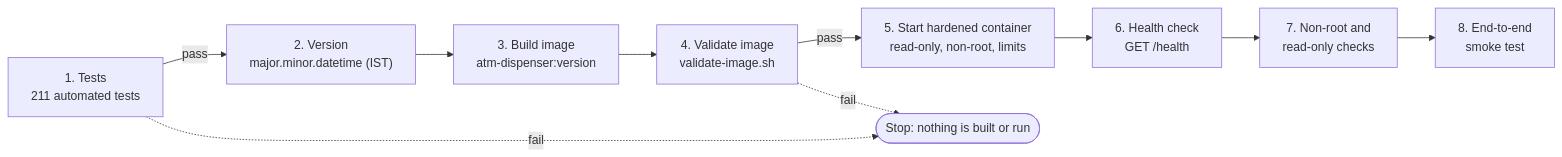
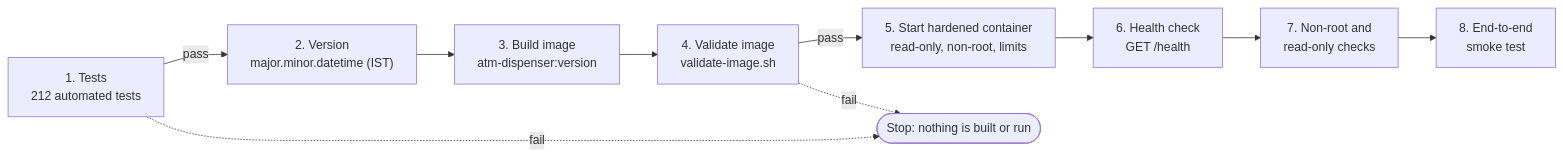
The seventh of 7 diagrams in README.md (AnupamGupta86/InmarCodingAssignment), drawn with Mermaid before and after one commit. The commit also changed other lines of this file and 2 other files, not shown here.

````diff
--- a/README.md
+++ b/README.md
@@ -406,12 +406,12 @@
 ```mermaid
 flowchart LR
-    tests["1. Tests<br/>211 automated tests"] -->|pass| version["2. Version<br/>major.minor.datetime (IST)"]
+    tests["1. Tests<br/>212 automated tests"] -->|pass| version["2. Version<br/>major.minor.datetime (IST)"]
     version --> build["3. Build image<br/>atm-dispenser:version"]
     build --> validate["4. Validate image<br/>validate-image.sh"]
     validate -->|pass| run["5. Start hardened container<br/>read-only, non-root, limits"]
     run --> health["6. Health check<br/>GET /health"]
     health --> harden["7. Non-root and<br/>read-only checks"]
     harden --> smoke["8. End-to-end<br/>smoke test"]
     tests -.->|fail| stop(["Stop: nothing is built or run"])
     validate -.->|fail| stop
 ```
````
